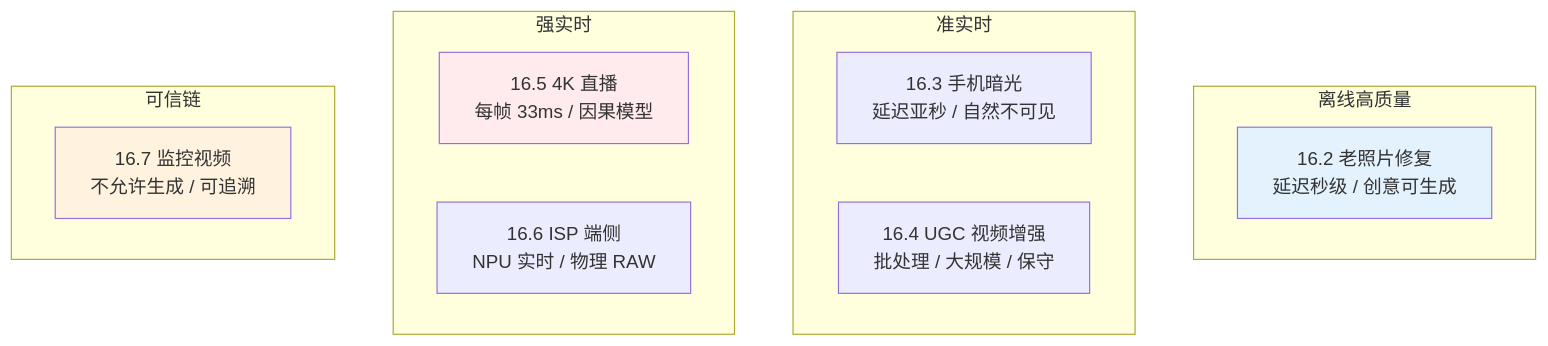
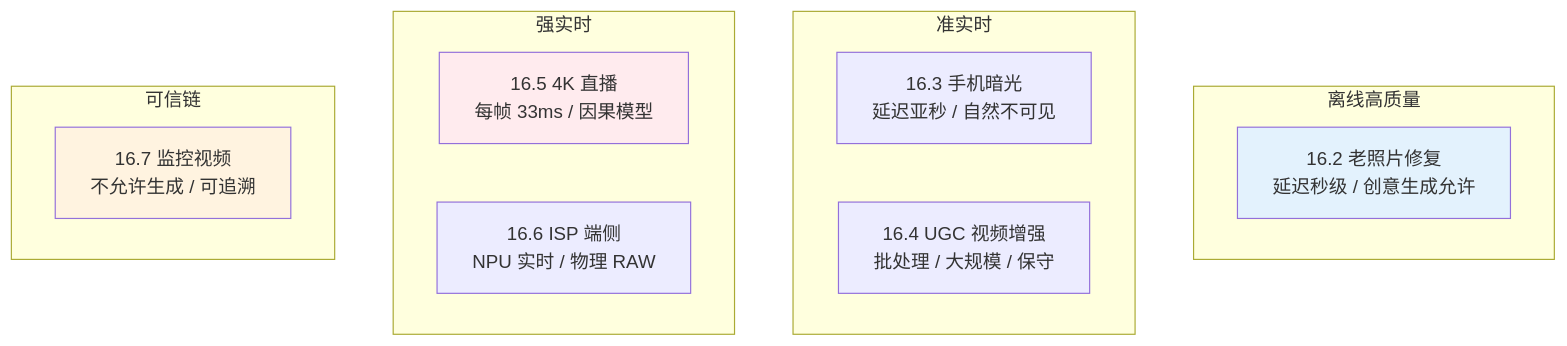
Before and after one commit to yingwang/image-enhancement-guide: the first of 5 diagrams in chapters/16-cases.md, drawn with Mermaid. The commit also changed other lines of this file and 18 other files, not shown here.

````diff
--- a/chapters/16-cases.md
+++ b/chapters/16-cases.md
@@ -59,21 +74,21 @@
 ```mermaid
 graph TD
     subgraph 离线高质量
-        A[16.2 老照片修复<br/>延迟秒级 / 创意可生成]
+        A[16.2 老照片修复<br/>延迟秒级 / 创意生成允许]
     end
     subgraph 准实时
         B[16.3 手机暗光<br/>延迟亚秒 / 自然不可见]
         C[16.4 UGC 视频增强<br/>批处理 / 大规模 / 保守]
     end
     subgraph 强实时
         D[16.5 4K 直播<br/>每帧 33ms / 因果模型]
         E[16.6 ISP 端侧<br/>NPU 实时 / 物理 RAW]
     end
     subgraph 可信链
         F[16.7 监控视频<br/>不允许生成 / 可追溯]
     end
 
     style A fill:#e3f2fd
     style D fill:#ffebee
     style F fill:#fff3e0
 ```
````
